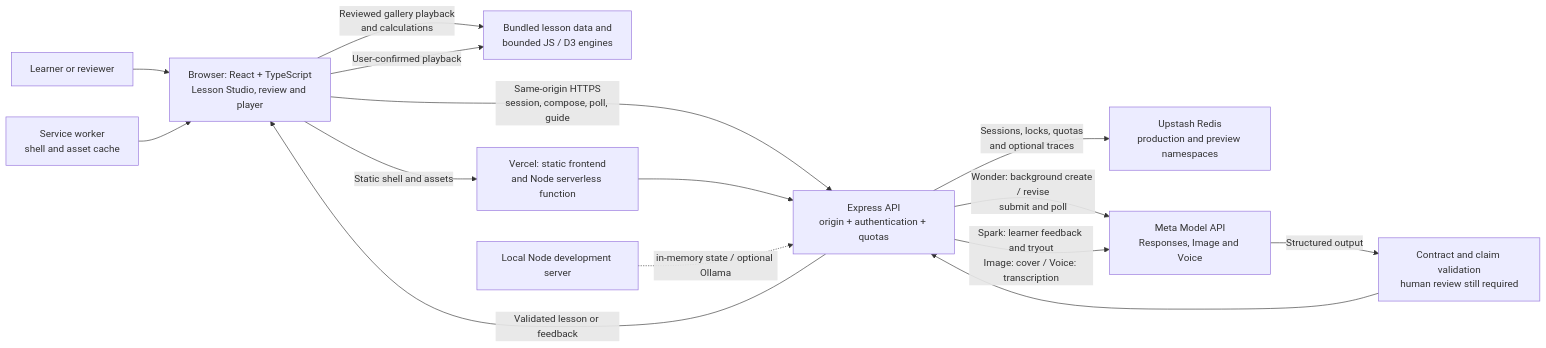
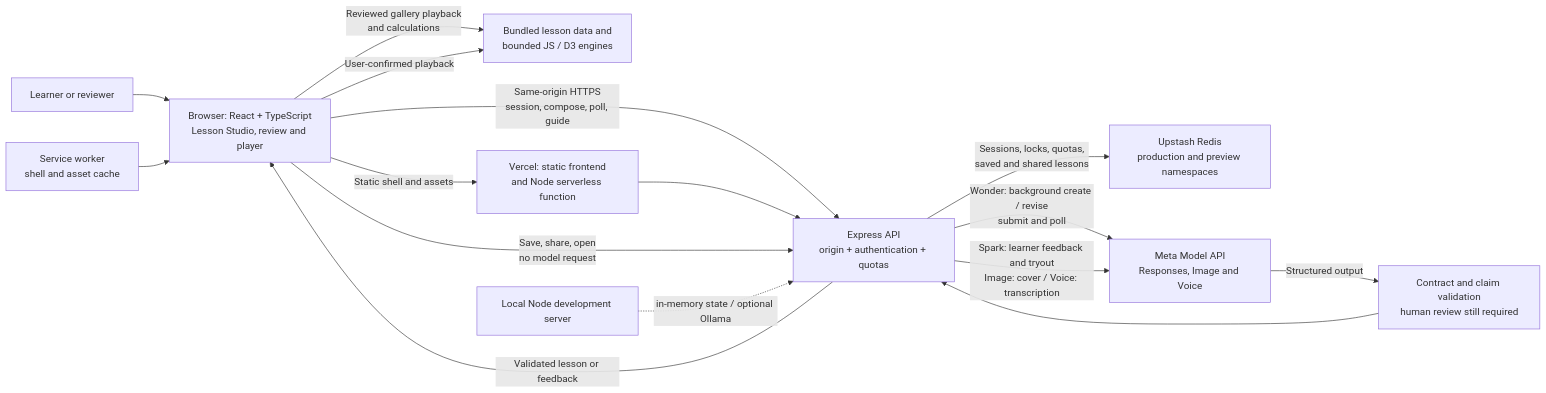
The diagram in docs/architecture.md (dorangao/explainbackapp), drawn with Mermaid before and after one commit. The commit also changed other lines of this file and 20 other files, not shown here.

First line of the commit message:
feat: saved lessons, share links, catalog search and filters

````diff
--- a/docs/architecture.md
+++ b/docs/architecture.md
@@ -5,17 +5,18 @@
 ```mermaid
 flowchart LR
   Learner["Learner or reviewer"] --> Browser["Browser: React + TypeScript<br/>Lesson Studio, review and player"]
   Browser -->|"Reviewed gallery playback<br/>and calculations"| Engine["Bundled lesson data and<br/>bounded JS / D3 engines"]
   Browser -->|"Static shell and assets"| Vercel["Vercel: static frontend<br/>and Node serverless function"]
   SW["Service worker<br/>shell and asset cache"] --> Browser
   Browser -->|"Same-origin HTTPS<br/>session, compose, poll, guide"| API["Express API<br/>origin + authentication + quotas"]
   Vercel --> API
-  API -->|"Sessions, locks, quotas<br/>and optional traces"| Redis["Upstash Redis<br/>production and preview namespaces"]
+  API -->|"Sessions, locks, quotas,<br/>saved and shared lessons"| Redis["Upstash Redis<br/>production and preview namespaces"]
+  Browser -->|"Save, share, open<br/>no model request"| API
   API -->|"Wonder: background create / revise<br/>submit and poll"| Meta["Meta Model API<br/>Responses, Image and Voice"]
   API -->|"Spark: learner feedback and tryout<br/>Image: cover / Voice: transcription"| Meta
   Meta -->|"Structured output"| Validate["Contract and claim validation<br/>human review still required"]
   Validate --> API
   API -->|"Validated lesson or feedback"| Browser
   Browser -->|"User-confirmed playback"| Engine
   Local["Local Node development server"] -.->|"in-memory state / optional Ollama"| API
 ```
````
